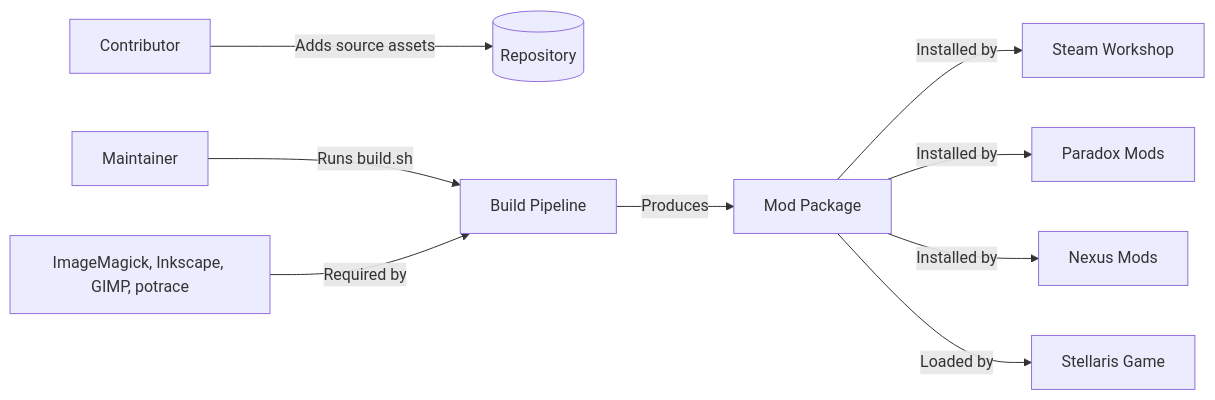
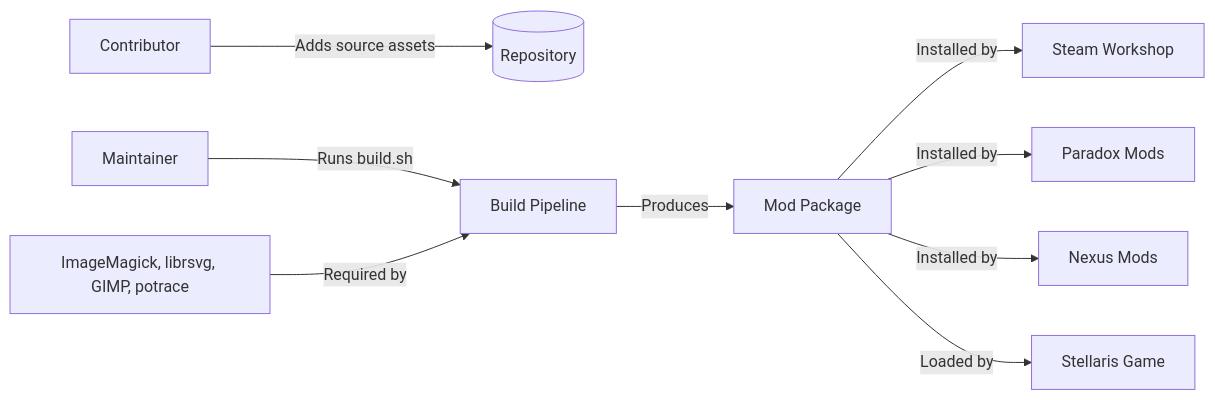
One commit to hmlendea/stellaris-ui-flags changed the first of 2 diagrams in docs/architecture.md. Above: the diagram before and after it, drawn with Mermaid. The commit also changed other lines of this file and 32 other files, not shown here.

````diff
--- a/docs/architecture.md
+++ b/docs/architecture.md
@@ -16,11 +16,11 @@
 ```mermaid
 flowchart LR
     Contributor[Contributor] -->|Adds source assets| Repo[(Repository)]
     Maintainer[Maintainer] -->|Runs build.sh| Build[Build Pipeline]
     Build -->|Produces| ModPackage[Mod Package]
     ModPackage -->|Installed by| Steam[Steam Workshop]
     ModPackage -->|Installed by| Paradox[Paradox Mods]
     ModPackage -->|Installed by| Nexus[Nexus Mods]
     ModPackage -->|Loaded by| Stellaris[Stellaris Game]
-    Tools[ImageMagick, Inkscape, GIMP, potrace] -->|Required by| Build
+    Tools[ImageMagick, librsvg, GIMP, potrace] -->|Required by| Build
 ```
````
